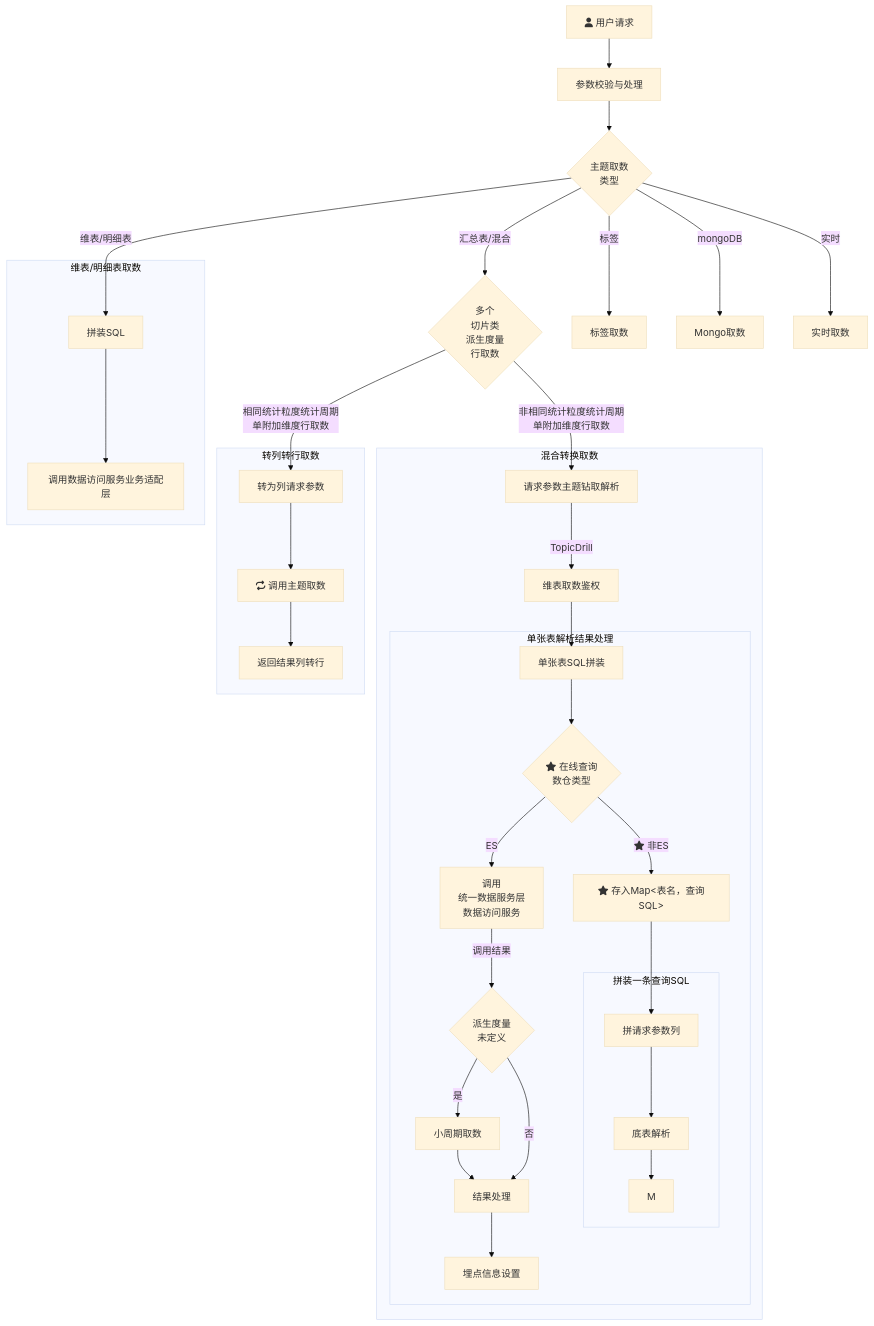
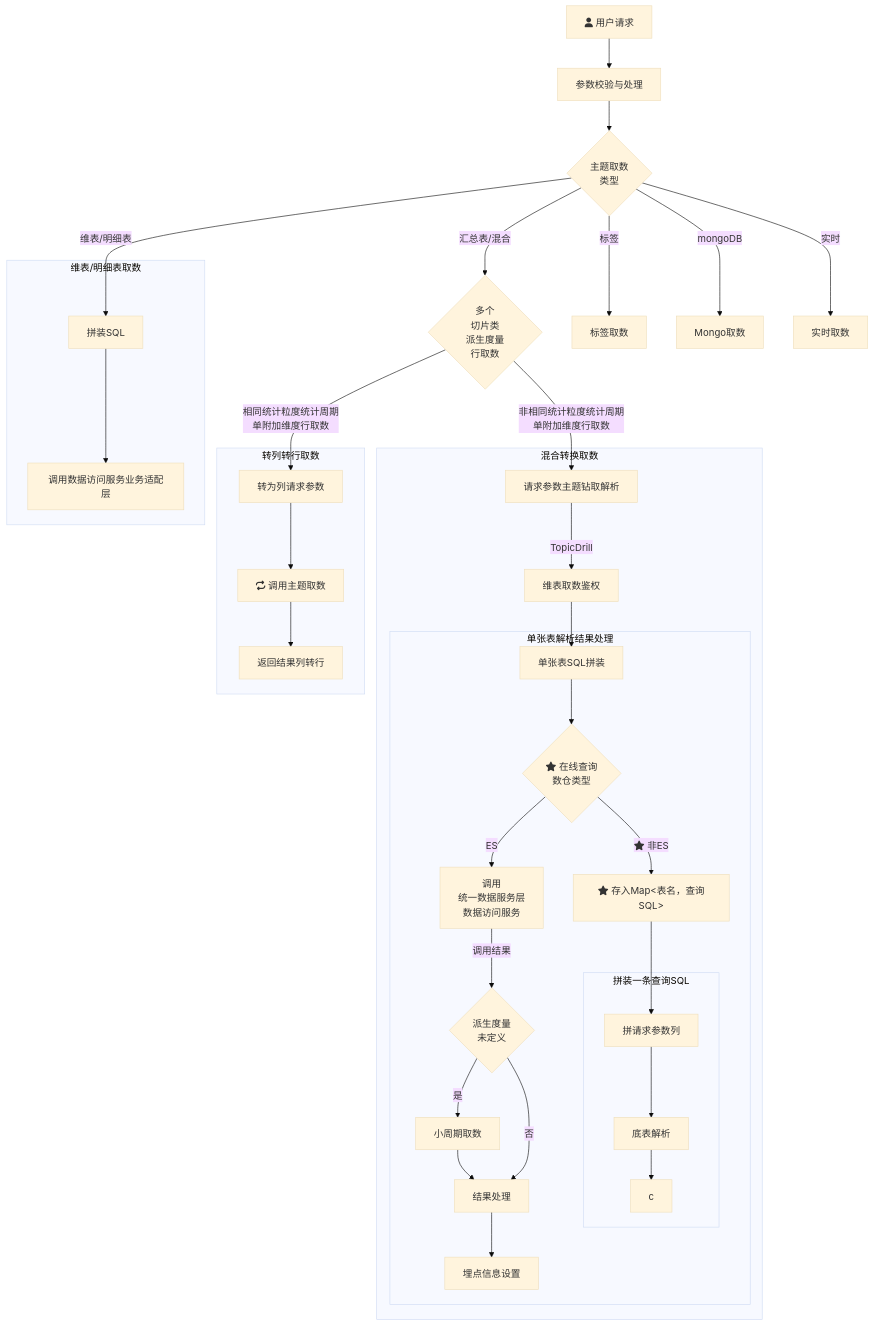
Before and after one commit to yanglosm/iodraw-files: the diagram in all/未命名.md, drawn with Mermaid (base theme).

Commit message:
2024-11-29 19:35:55 update

````diff
--- a/all/未命名.md
+++ b/all/未命名.md
@@ -1,30 +1,30 @@
 ```mermaid
 flowchart TD
     A[fa:fa-user 用户请求] -->A1[参数校验与处理] --> B{主题取数\n类型}
     B -->|维表/明细表| D[拼装SQL]
     B -->|汇总表/混合| E{多个\n切片类\n派生度量\n行取数}
     B -->|标签| F[标签取数]
     B -->|mongoDB| G[Mongo取数]
     B -->|实时| H[实时取数]
     E -->|相同统计粒度统计周期\n单附加维度行取数| E1[转为列请求参数]
     E -->|非相同统计粒度统计周期\n单附加维度行取数| T1[请求参数主题钻取解析]
     subgraph 维表/明细表取数
     D-->D1[调用数据访问服务业务适配层]
     end
     subgraph 转列转行取数
     E1-->E11[fa:fa-repeat 调用主题取数]-->E12[返回结果列转行]
     end
     subgraph 混合转换取数
     T1-->|TopicDrill| T2[维表取数鉴权] --> T31[单张表SQL拼装]
         subgraph 单张表解析结果处理
         T31 --> T4{fa:fa-star 在线查询\n数仓类型}-->|ES|T32[调用\n统一数据服务层\n数据访问服务] --> |调用结果|T33{派生度量\n未定义}
         T33 --> |是|T33_1[小周期取数]-->T34[结果处理]-->T35[埋点信息设置]
         T33 --> |否|T34
         T4 --> |fa:fa-star 非ES|T41["fa:fa-star 存入Map<表名，查询SQL>"]
         T41 --> T42[拼请求参数列]
             subgraph 拼装一条查询SQL
-            T42 --> M1[底表解析] --> M
+            T42 --> M1[底表解析] --> M2[c]
             end
         end
     end
 ```
````
